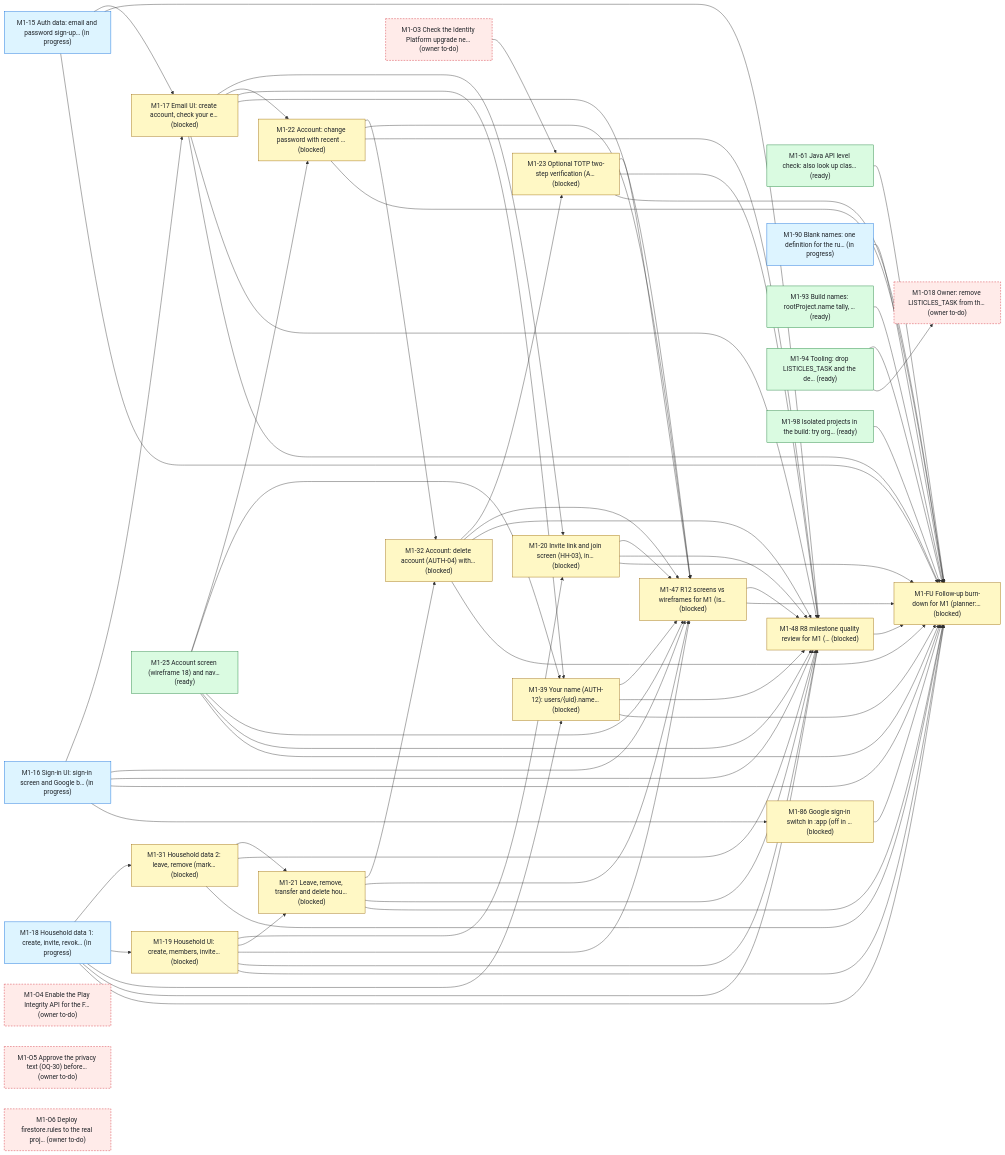
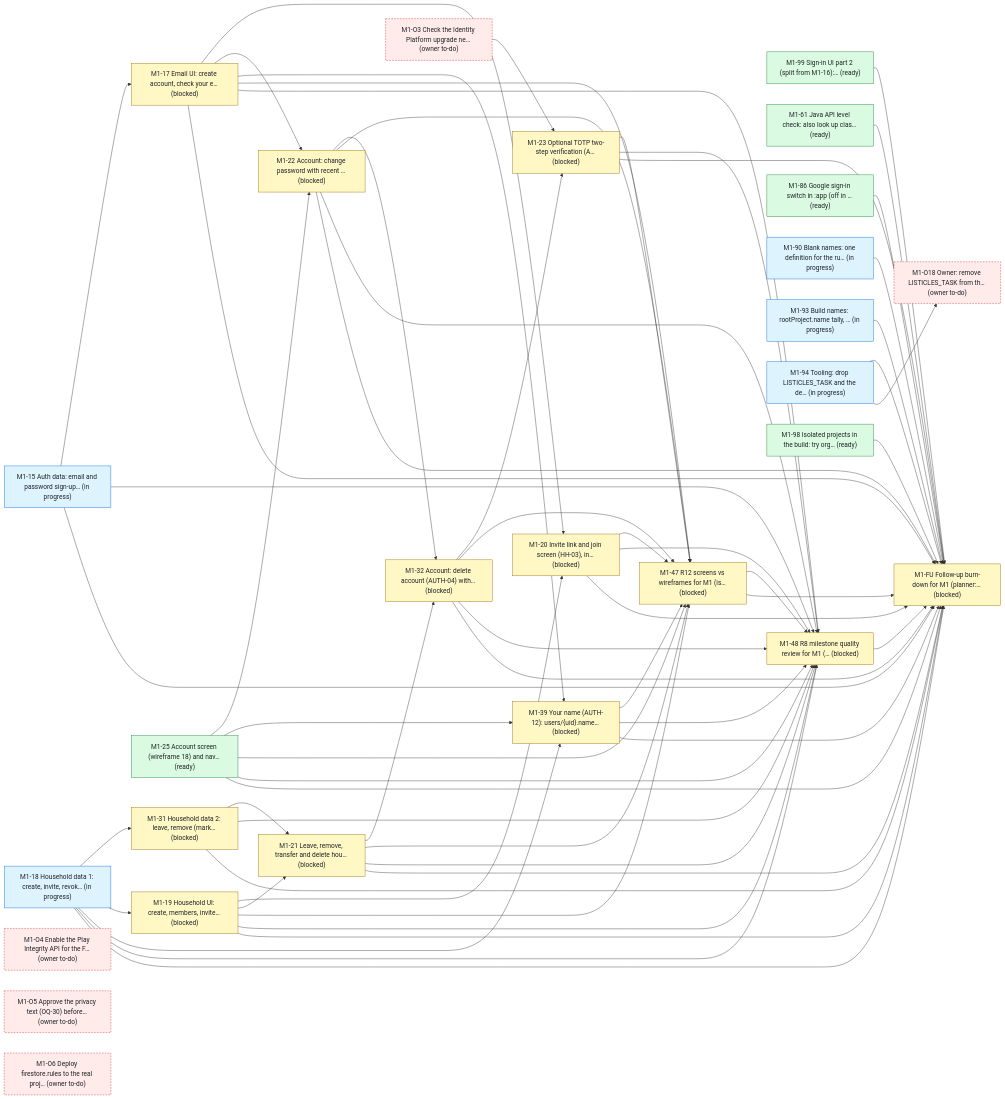
The first of 4 diagrams in status.md (bondo/listicles2), drawn with Mermaid before and after one commit. The commit also changed other lines of this file and 3 other files, not shown here.

````diff
--- a/status.md
+++ b/status.md
@@ -243,7 +244,7 @@
 ```mermaid
 flowchart LR
     n0["M1-15 Auth data: email and password sign-up… (in progress)"]:::progress
-    n1["M1-16 Sign-in UI: sign-in screen and Google b… (in progress)"]:::progress
+    n1["M1-99 Sign-in UI part 2 (split from M1-16):… (ready)"]:::ready
     n2["M1-17 Email UI: create account, check your e… (blocked)"]:::blocked
     n3["M1-18 Household data 1: create, invite, revok… (in progress)"]:::progress
     n4["M1-31 Household data 2: leave, remove (mark… (blocked)"]:::blocked
@@ -263,14 +264,13 @@
     n18["M1-O4 Enable the Play Integrity API for the F… (owner to-do)"]:::owner
     n19["M1-O5 Approve the privacy text (OQ-30) before… (owner to-do)"]:::owner
     n20["M1-O6 Deploy firestore.rules to the real proj… (owner to-do)"]:::owner
-    n21["M1-86 Google sign-in switch in :app (off in … (blocked)"]:::blocked
+    n21["M1-86 Google sign-in switch in :app (off in … (ready)"]:::ready
     n22["M1-90 Blank names: one definition for the ru… (in progress)"]:::progress
-    n23["M1-93 Build names: rootProject.name tally, … (ready)"]:::ready
-    n24["M1-94 Tooling: drop LISTICLES_TASK and the de… (ready)"]:::ready
+    n23["M1-93 Build names: rootProject.name tally, … (in progress)"]:::progress
+    n24["M1-94 Tooling: drop LISTICLES_TASK and the de… (in progress)"]:::progress
     n25["M1-98 Isolated projects in the build: try org… (ready)"]:::ready
     n26["M1-O18 Owner: remove LISTICLES_TASK from th… (owner to-do)"]:::owner
     n0 --> n2
-    n1 --> n2
     n3 --> n4
     n3 --> n5
     n5 --> n6
@@ -286,7 +286,6 @@
     n3 --> n13
     n2 --> n13
     n11 --> n13
-    n1 --> n14
     n2 --> n14
     n5 --> n14
     n6 --> n14
@@ -297,7 +296,6 @@
     n9 --> n14
     n13 --> n14
     n0 --> n15
-    n1 --> n15
     n2 --> n15
     n3 --> n15
     n5 --> n15
@@ -314,8 +312,8 @@
     n23 --> n16
     n24 --> n16
     n25 --> n16
+    n1 --> n16
     n0 --> n16
-    n1 --> n16
     n2 --> n16
     n3 --> n16
     n5 --> n16
@@ -331,7 +329,6 @@
     n15 --> n16
     n12 --> n16
     n21 --> n16
-    n1 --> n21
     n24 --> n26
     classDef ready fill:#dafbe1,stroke:#1a7f37,color:#1f2328
     classDef progress fill:#ddf4ff,stroke:#0969da,color:#1f2328
````
